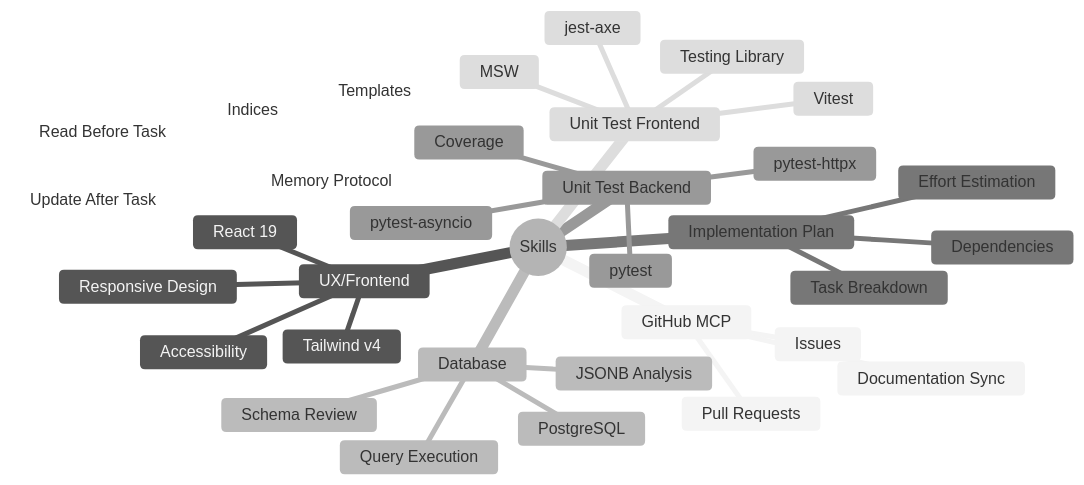
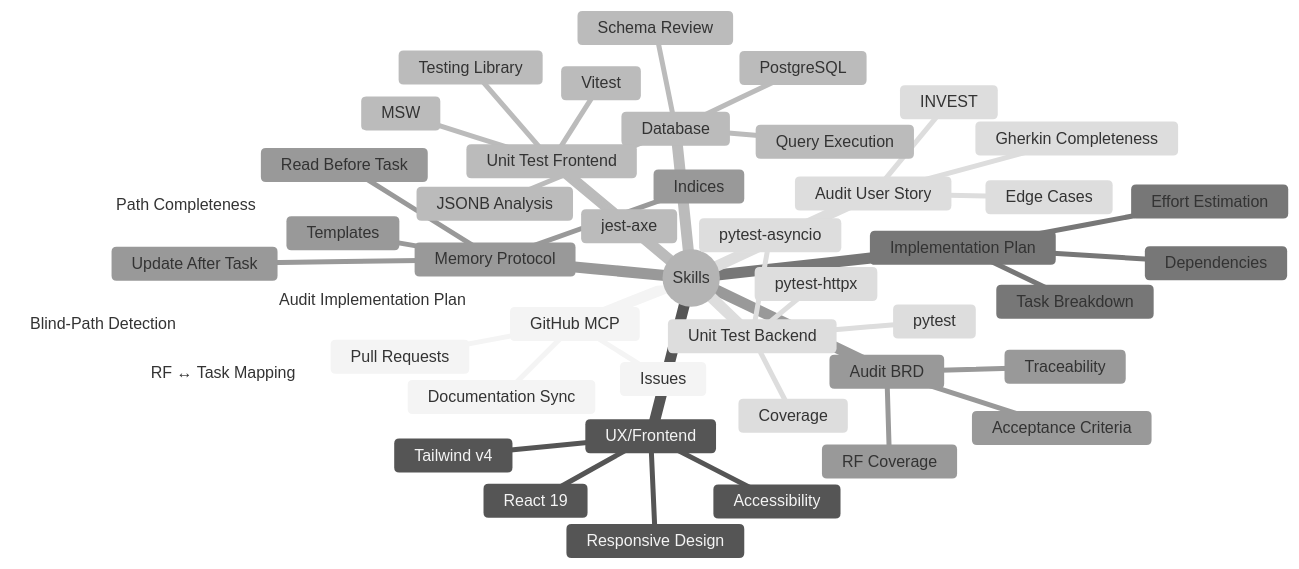
One commit to hgmancholam/novum changed the fourth of 7 diagrams in .github/workflow.md. Above: the diagram before and after it, drawn with Mermaid (neutral theme). The commit also changed other lines of this file and 9 other files, not shown here.

````diff
--- a/.github/workflow.md
+++ b/.github/workflow.md
@@ -256,37 +310,49 @@
 ```mermaid
 mindmap
   root((Skills))
     GitHub MCP
       Issues
       Pull Requests
       Documentation Sync
     UX/Frontend
       React 19
       Tailwind v4
       Accessibility
       Responsive Design
     Database
       PostgreSQL
       Schema Review
       Query Execution
       JSONB Analysis
     Implementation Plan
       Task Breakdown
       Dependencies
       Effort Estimation
+    Audit BRD
+      RF Coverage
+      Acceptance Criteria
+      Traceability
+    Audit User Story
+      INVEST
+      Gherkin Completeness
+      Edge Cases
+    Audit Implementation Plan
+      Blind-Path Detection
+      RF ↔ Task Mapping
+      Path Completeness
     Unit Test Backend
       pytest
       pytest-asyncio
       pytest-httpx
       Coverage
     Unit Test Frontend
       Vitest
       Testing Library
       jest-axe
       MSW
     Memory Protocol
       Read Before Task
       Update After Task
       Templates
       Indices
 ```
````
